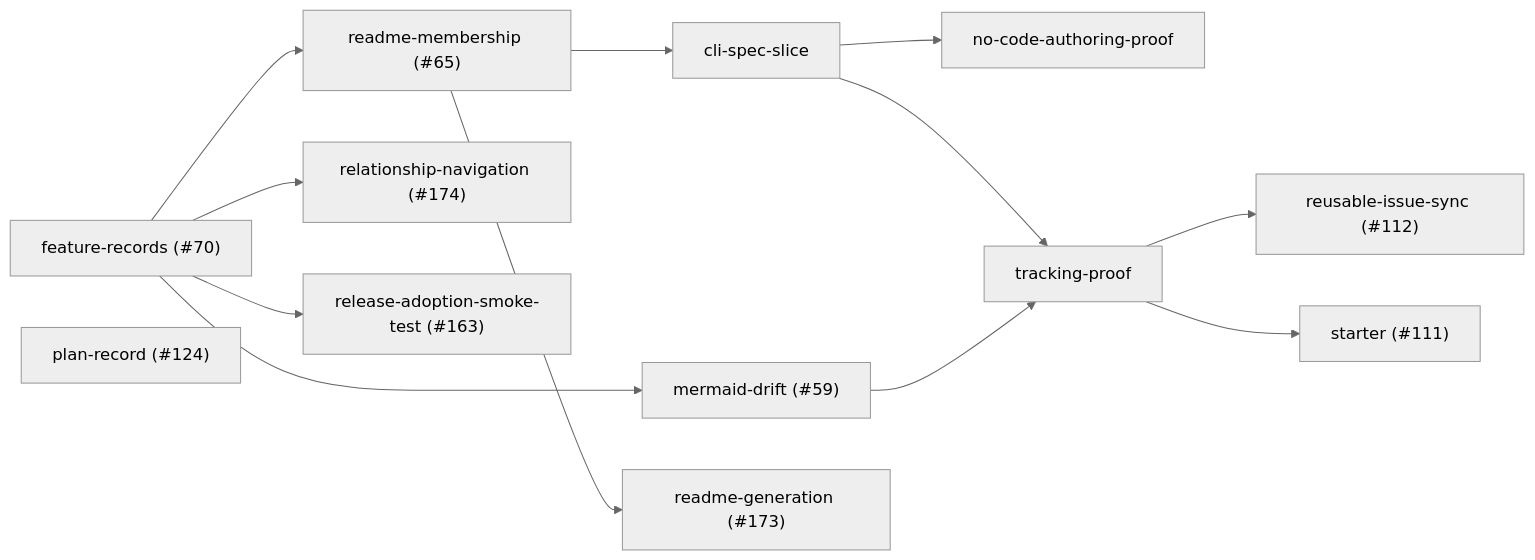
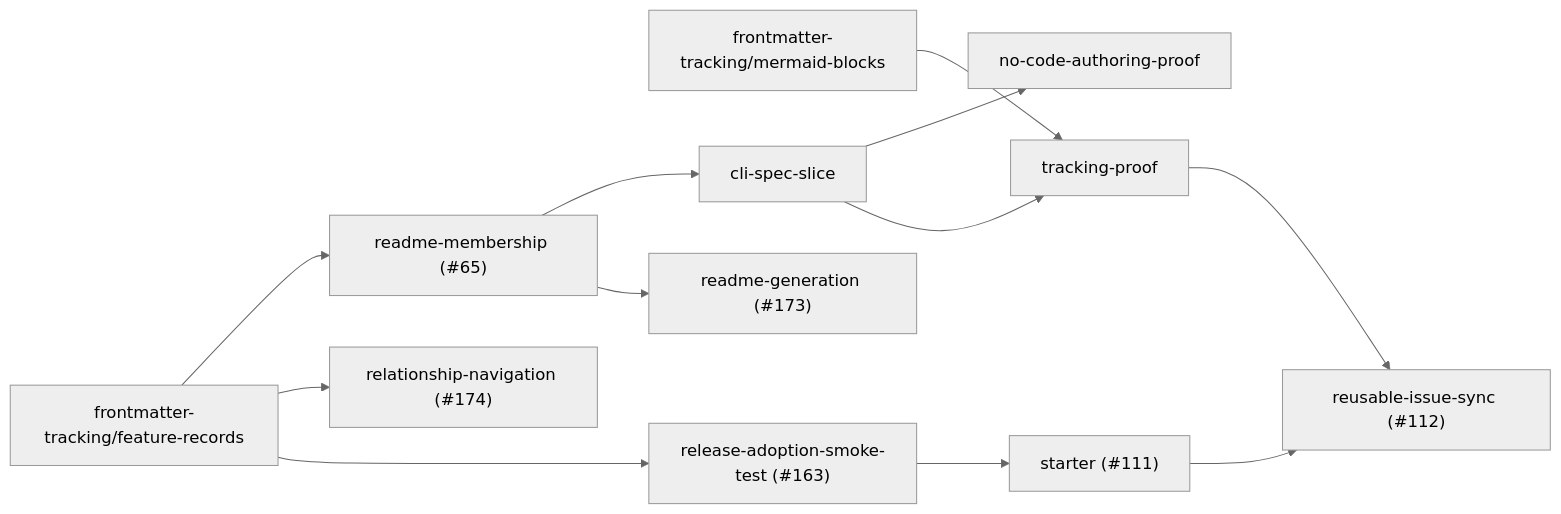
The diagram in docs/plans/no-code-dogfood.md (Ltilak13/ubiq), drawn with Mermaid (neutral theme) before and after one commit. The commit also changed other lines of this file and 3 other files, not shown here.

First line of the commit message:
docs(plans): record merged step PRs and define shared steps once

````diff
--- a/docs/plans/no-code-dogfood.md
+++ b/docs/plans/no-code-dogfood.md
@@ -111,35 +98,31 @@
 ```mermaid
 flowchart LR
+  ext_1["frontmatter-tracking/feature-records"]
+  ext_2["frontmatter-tracking/mermaid-blocks"]
   step_1["cli-spec-slice"]
-  step_2["feature-records (#35;70)"]
-  click step_2 "https://github.com/Ltilak13/ubiq/issues/70"
-  step_3["mermaid-drift (#35;59)"]
-  click step_3 "https://github.com/Ltilak13/ubiq/issues/59"
-  step_4["no-code-authoring-proof"]
-  step_5["plan-record (#35;124)"]
-  click step_5 "https://github.com/Ltilak13/ubiq/issues/124"
-  step_6["readme-generation (#35;173)"]
-  click step_6 "https://github.com/Ltilak13/ubiq/issues/173"
-  step_7["readme-membership (#35;65)"]
-  click step_7 "https://github.com/Ltilak13/ubiq/issues/65"
-  step_8["relationship-navigation (#35;174)"]
-  click step_8 "https://github.com/Ltilak13/ubiq/issues/174"
-  step_9["release-adoption-smoke-test (#35;163)"]
-  click step_9 "https://github.com/Ltilak13/ubiq/issues/163"
-  step_10["reusable-issue-sync (#35;112)"]
-  click step_10 "https://github.com/Ltilak13/ubiq/issues/112"
-  step_11["starter (#35;111)"]
-  click step_11 "https://github.com/Ltilak13/ubiq/issues/111"
-  step_12["tracking-proof"]
-  step_7 --> step_1
-  step_2 --> step_3
-  step_1 --> step_4
-  step_7 --> step_6
-  step_2 --> step_7
-  step_2 --> step_8
-  step_2 --> step_9
-  step_12 --> step_10
-  step_12 --> step_11
-  step_1 --> step_12
-  step_3 --> step_12
+  step_2["no-code-authoring-proof"]
+  step_3["readme-generation (#35;173)"]
+  click step_3 "https://github.com/Ltilak13/ubiq/issues/173"
+  step_4["readme-membership (#35;65)"]
+  click step_4 "https://github.com/Ltilak13/ubiq/issues/65"
+  step_5["relationship-navigation (#35;174)"]
+  click step_5 "https://github.com/Ltilak13/ubiq/issues/174"
+  step_6["release-adoption-smoke-test (#35;163)"]
+  click step_6 "https://github.com/Ltilak13/ubiq/issues/163"
+  step_7["reusable-issue-sync (#35;112)"]
+  click step_7 "https://github.com/Ltilak13/ubiq/issues/112"
+  step_8["starter (#35;111)"]
+  click step_8 "https://github.com/Ltilak13/ubiq/issues/111"
+  step_9["tracking-proof"]
+  step_4 --> step_1
+  step_1 --> step_2
+  step_4 --> step_3
+  ext_1 --> step_4
+  ext_1 --> step_5
+  ext_1 --> step_6
+  step_8 --> step_7
+  step_9 --> step_7
+  step_6 --> step_8
+  step_1 --> step_9
+  ext_2 --> step_9
 ```
````
